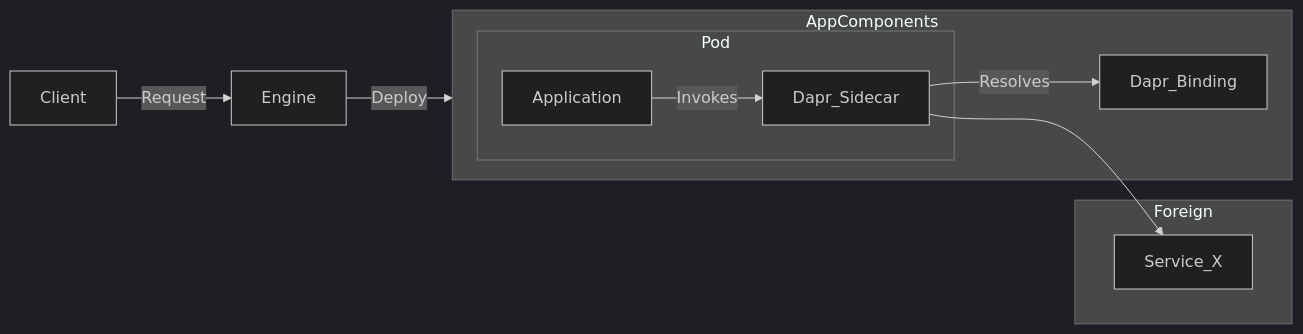
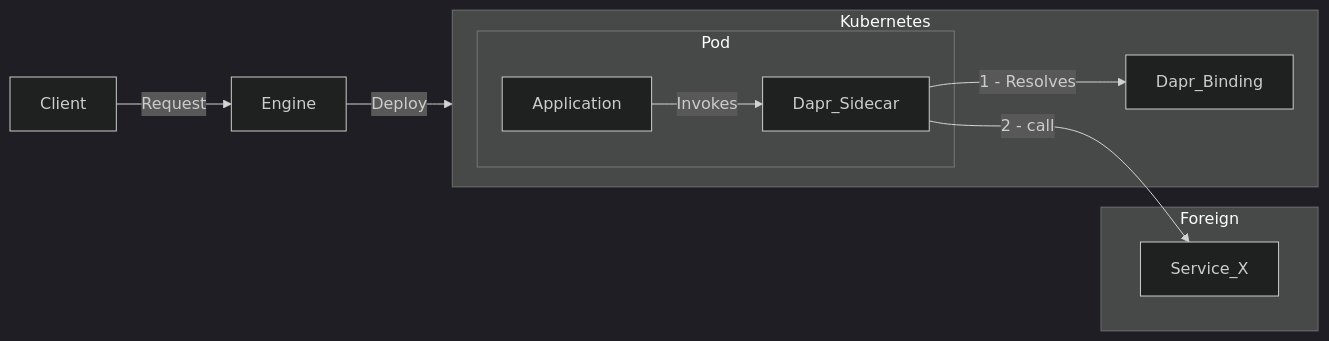
The diagram in resources/2024-10-dapr-bindings.md (radius-project/design-notes), drawn with Mermaid (dark theme) before and after one commit. The commit also changed other lines of this file, not shown here.

Commit message:
Add feature spec for Dapr Bindings Building block

````diff
--- a/resources/2024-10-dapr-bindings.md
+++ b/resources/2024-10-dapr-bindings.md
@@ -166,22 +155,22 @@
 ```mermaid
 graph LR
     Client -->|Request| Engine
-    Engine -->|Deploy| AppComponents
+    Engine -->|Deploy| Kubernetes
     Application -->|Invokes| Dapr_Sidecar
-    Dapr_Sidecar -->|Resolves| Dapr_Binding
-    Dapr_Sidecar --> Service_X
+    Dapr_Sidecar -->|1 - Resolves| Dapr_Binding
+    Dapr_Sidecar --> |2 - call| Service_X
 
     subgraph Foreign
         Service_X
     end
 
     subgraph Pod
         Application
         Dapr_Sidecar
     end
 
-    subgraph AppComponents
+    subgraph Kubernetes
         Pod
         Dapr_Binding
     end
 ```	
````
